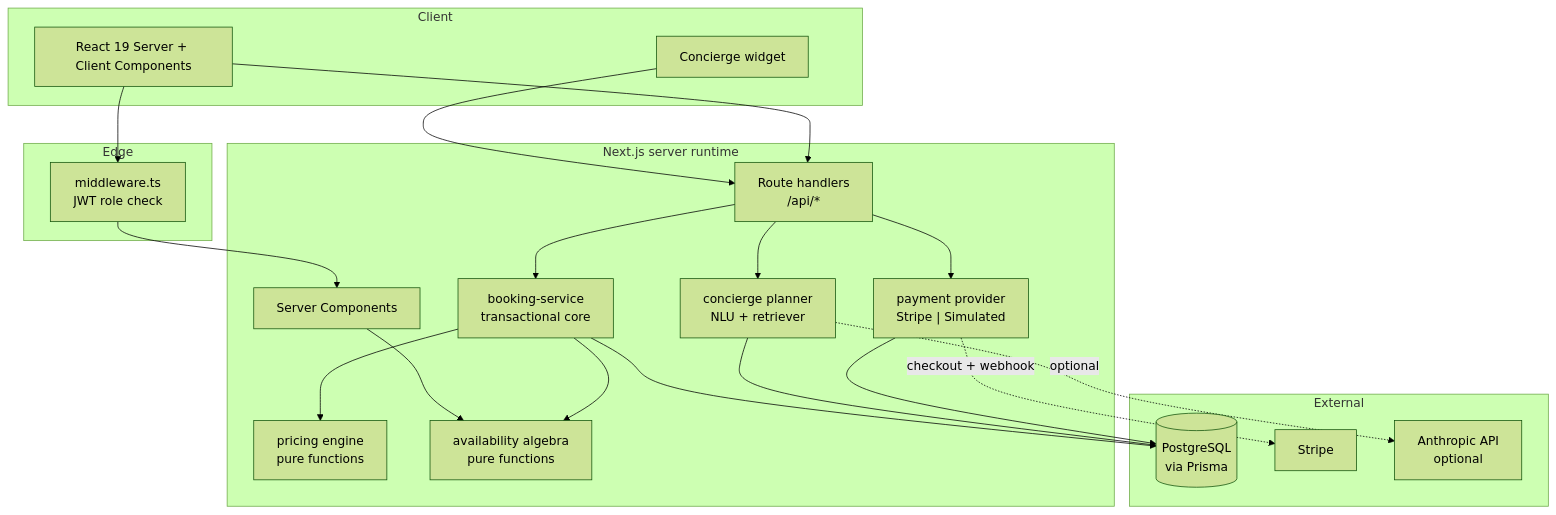
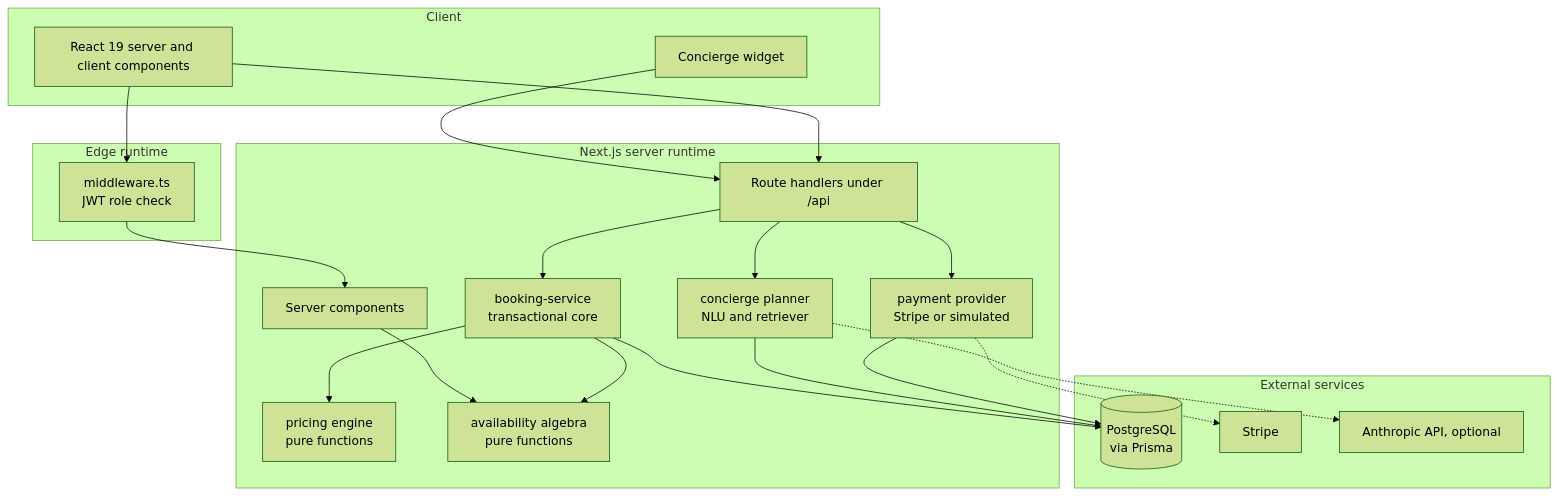
Before and after one commit to adwitiyashukla/booknow: the first of 2 diagrams in README.md, drawn with Mermaid (forest theme).

Commit message:
architecture diagram updated

````diff
--- a/README.md
+++ b/README.md
@@ -118,42 +118,43 @@
 ```mermaid
 flowchart TB
-    subgraph Client
-        UI["React 19 Server + Client Components"]
+    subgraph client [Client]
+        UI["React 19 server and client components"]
         CW["Concierge widget"]
     end
 
-    subgraph Edge
+    subgraph edge [Edge runtime]
         MW["middleware.ts<br/>JWT role check"]
     end
 
-    subgraph Server["Next.js server runtime"]
-        RSC["Server Components"]
-        API["Route handlers<br/>/api/*"]
+    subgraph server [Next.js server runtime]
+        RSC["Server components"]
+        API["Route handlers under /api"]
         BS["booking-service<br/>transactional core"]
         PR["pricing engine<br/>pure functions"]
         AV["availability algebra<br/>pure functions"]
-        AI["concierge planner<br/>NLU + retriever"]
-        PAY["payment provider<br/>Stripe | Simulated"]
+        CON["concierge planner<br/>NLU and retriever"]
+        PAY["payment provider<br/>Stripe or simulated"]
     end
 
-    subgraph External
+    subgraph external [External services]
         DB[("PostgreSQL<br/>via Prisma")]
         ST["Stripe"]
-        LLM["Anthropic API<br/>optional"]
+        LLM["Anthropic API, optional"]
     end
 
-    UI --> MW --> RSC
+    UI --> MW
+    MW --> RSC
     CW --> API
     UI --> API
     API --> BS
     RSC --> AV
     BS --> PR
     BS --> AV
     BS --> DB
-    API --> AI
-    AI --> DB
-    AI -.optional.-> LLM
+    API --> CON
+    CON --> DB
+    CON -.-> LLM
     API --> PAY
-    PAY -.->|checkout + webhook| ST
+    PAY -.-> ST
     PAY --> DB
 ```
````
